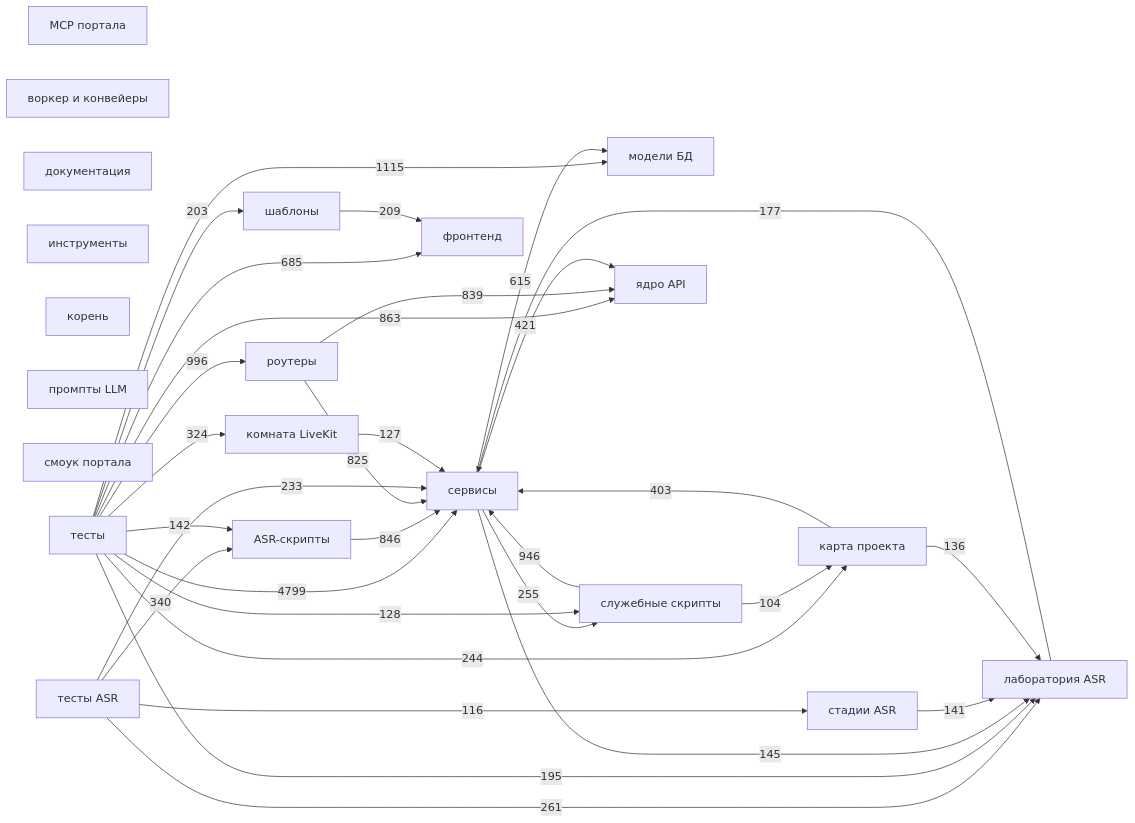
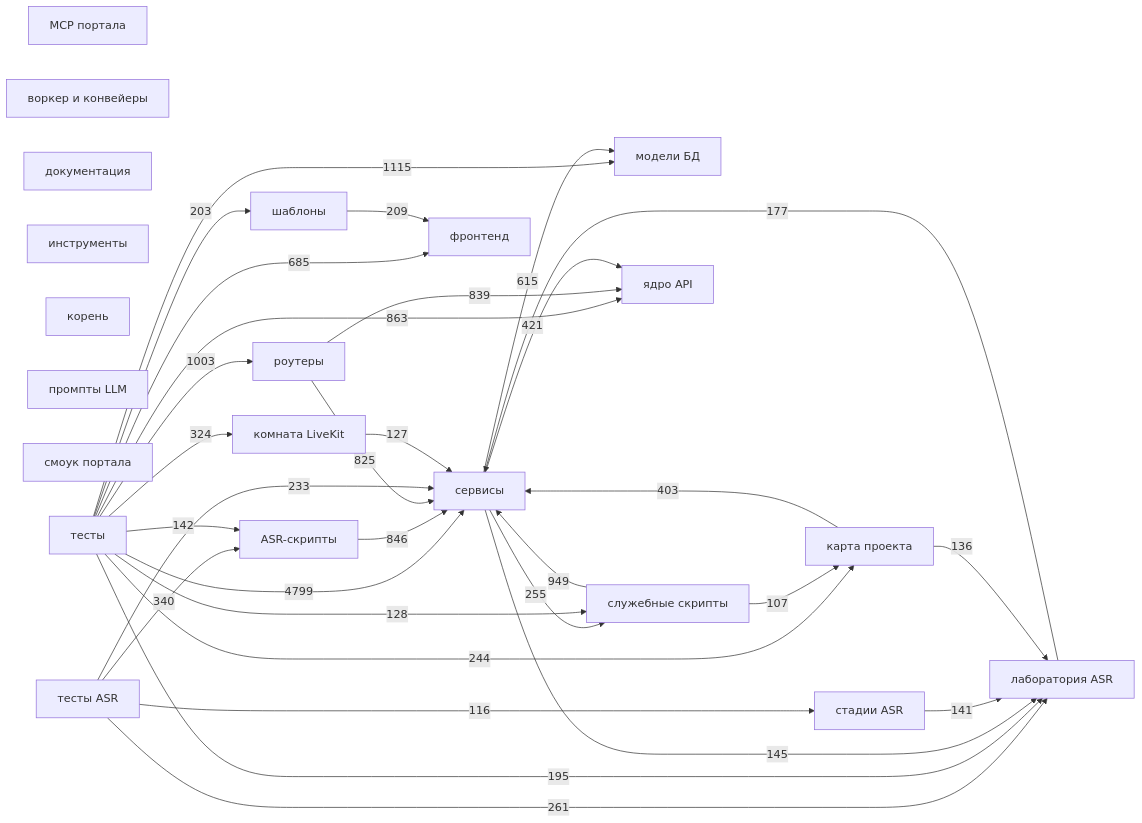
One commit to Avosya21/SKKKK changed the diagram in docs/project-map/DEPENDENCIES.md. Above: the diagram before and after it, drawn with Mermaid. The commit also changed other lines of this file and 11 other files, not shown here.

````diff
--- a/docs/project-map/DEPENDENCIES.md
+++ b/docs/project-map/DEPENDENCIES.md
@@ -105,54 +105,54 @@
 ```mermaid
 flowchart LR
   g0["ASR-скрипты"]
   g1["MCP портала"]
   g2["воркер и конвейеры"]
   g3["документация"]
   g4["инструменты"]
   g5["карта проекта"]
   g6["комната LiveKit"]
   g7["корень"]
   g8["лаборатория ASR"]
   g9["модели БД"]
   g10["промпты LLM"]
   g11["роутеры"]
   g12["сервисы"]
   g13["служебные скрипты"]
   g14["смоук портала"]
   g15["стадии ASR"]
   g16["тесты"]
   g17["тесты ASR"]
   g18["фронтенд"]
   g19["шаблоны"]
   g20["ядро API"]
   g16 -->|4799| g12
   g16 -->|1115| g9
-  g16 -->|996| g11
-  g13 -->|946| g12
+  g16 -->|1003| g11
+  g13 -->|949| g12
   g16 -->|863| g20
   g0 -->|846| g12
   g11 -->|839| g20
   g11 -->|825| g12
   g16 -->|685| g18
   g12 -->|615| g9
   g12 -->|421| g20
   g5 -->|403| g12
   g17 -->|340| g0
   g16 -->|324| g6
   g17 -->|261| g8
   g12 -->|255| g13
   g16 -->|244| g5
   g17 -->|233| g12
   g19 -->|209| g18
   g16 -->|203| g19
   g16 -->|195| g8
   g8 -->|177| g12
   g12 -->|145| g8
   g16 -->|142| g0
   g15 -->|141| g8
   g5 -->|136| g8
   g16 -->|128| g13
   g6 -->|127| g12
   g17 -->|116| g15
-  g13 -->|104| g5
+  g13 -->|107| g5
 ```
````
